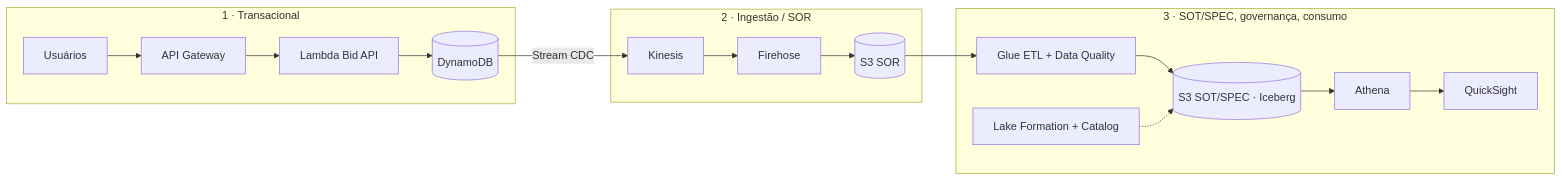
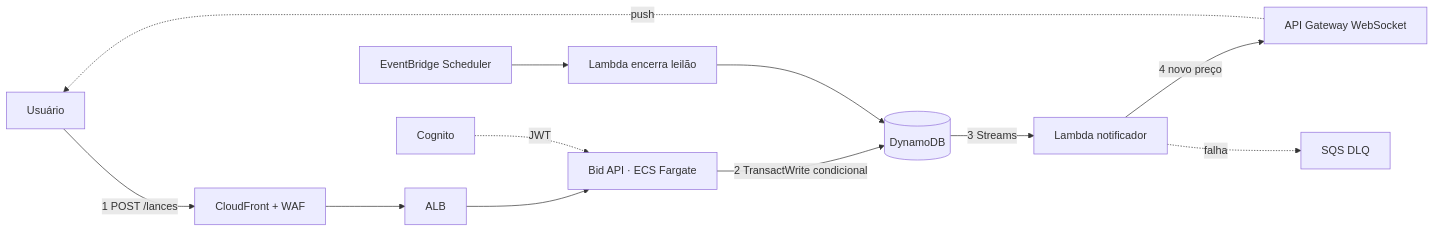
One commit to fortunaatooa-cell/leilao-alta-concorrencia changed the diagram in docs/ARQUITETURA_AWS.md. Above: the diagram before and after it, drawn with Mermaid. The commit also changed other lines of this file and 18 other files, not shown here.

````diff
--- a/docs/ARQUITETURA_AWS.md
+++ b/docs/ARQUITETURA_AWS.md
@@ -6,13 +5,9 @@
 ```mermaid
 flowchart LR
-    subgraph T[1 · Transacional]
-      U[Usuários] --> GW[API Gateway] --> FN[Lambda Bid API] --> DDB[(DynamoDB)]
-    end
-    subgraph I[2 · Ingestão / SOR]
-      DDB -->|Stream CDC| KDS[Kinesis] --> FH[Firehose] --> B[(S3 SOR)]
-    end
-    subgraph D[3 · SOT/SPEC, governança, consumo]
-      B --> GL[Glue ETL + Data Quality] --> SG[(S3 SOT/SPEC · Iceberg)] --> AT[Athena] --> QS[QuickSight]
-      LF[Lake Formation + Catalog] -.-> SG
-    end
+    U[Usuário] -->|1 POST /lances| CF[CloudFront + WAF] --> ALB --> API[Bid API · ECS Fargate]
+    COG[Cognito] -.JWT.-> API
+    API -->|2 TransactWrite condicional| DDB[(DynamoDB)]
+    DDB -->|3 Streams| LN[Lambda notificador] -->|4 novo preço| WS[API Gateway WebSocket] -.push.-> U
+    LN -.falha.-> DLQ[SQS DLQ]
+    SCH[EventBridge Scheduler] --> LF[Lambda encerra leilão] --> DDB
 ```
````
